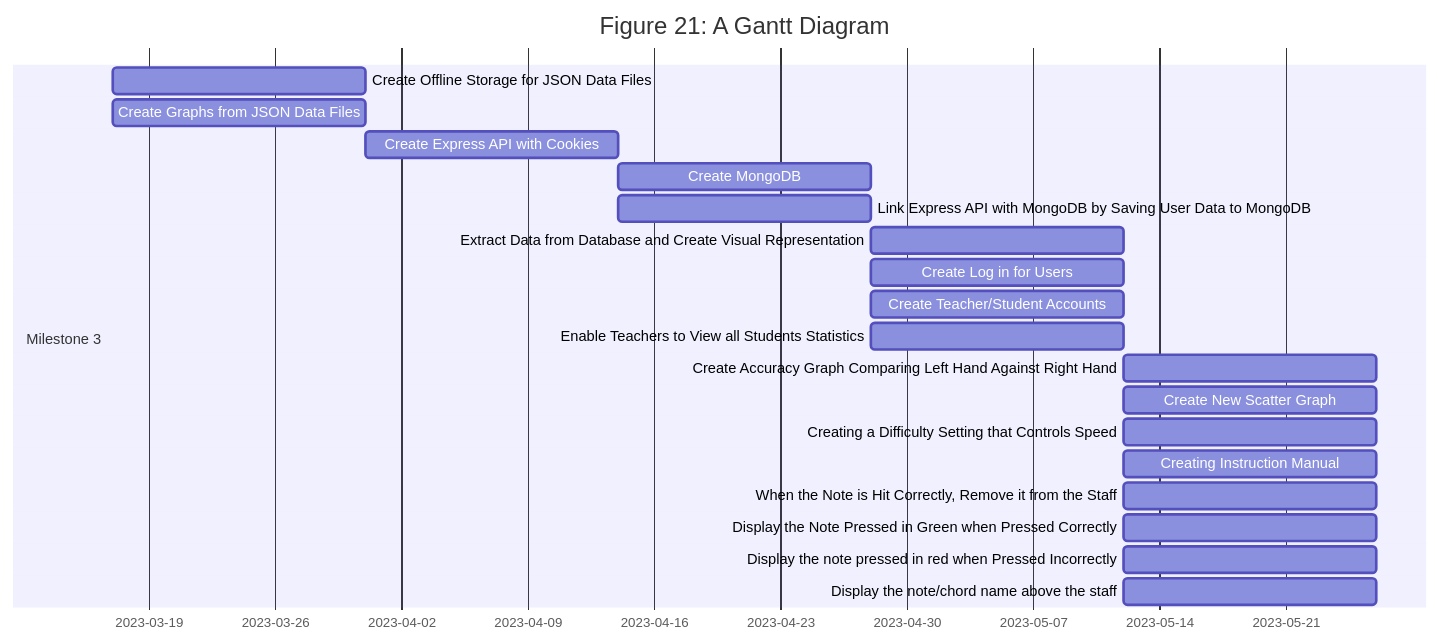
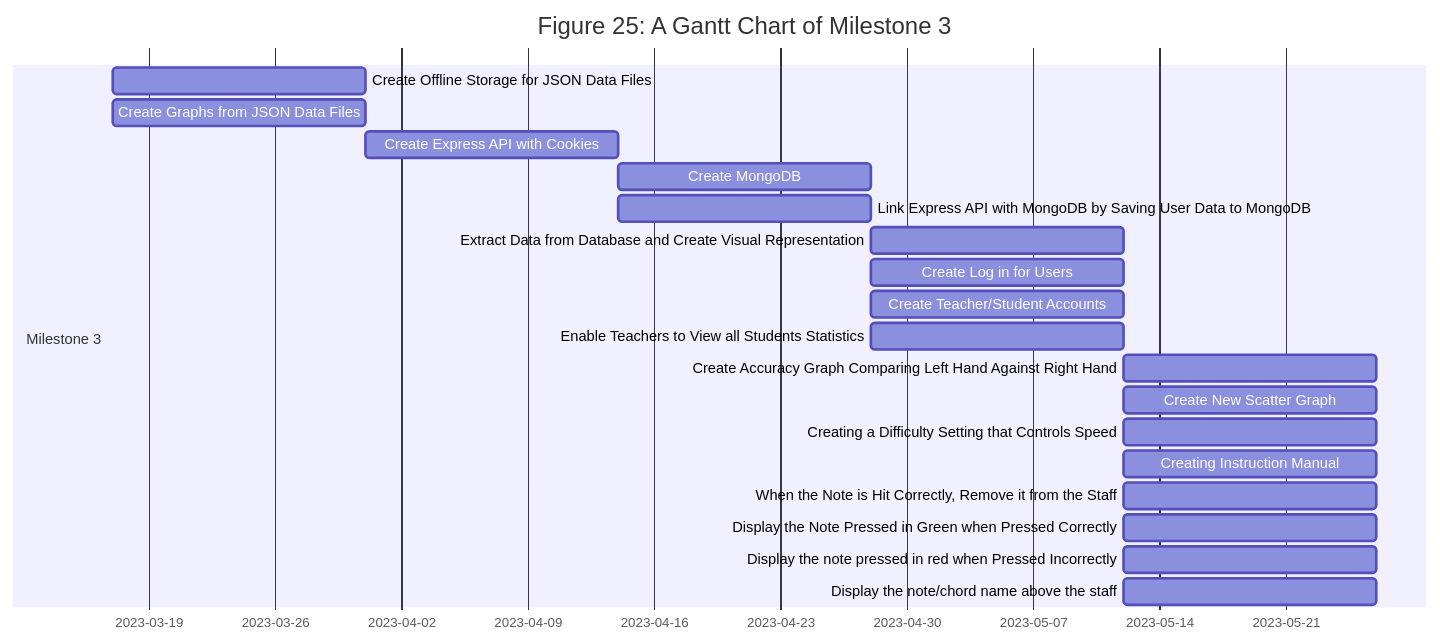
One commit to KieranBest/Final-Year-Project changed the third of 3 diagrams in Documentation.md. Above: the diagram before and after it, drawn with Mermaid. The commit also changed other lines of this file and 9 other files, not shown here.

````diff
--- a/Documentation.md
+++ b/Documentation.md
@@ -1104,24 +1191,24 @@
 ```mermaid
 gantt
-    title Figure 21: A Gantt Diagram
+    title Figure 25: A Gantt Chart of Milestone 3
     dateFormat  YYYY-MM-DD
 
     section Milestone 3
     Create Offline Storage for JSON Data Files                    :a12, 2023-03-17, 14d
     Create Graphs from JSON Data Files                            :a12, 2023-03-17, 14d
     Create Express API with Cookies                               :a13, after a12, 14d
     Create MongoDB                                                :a14, after a13, 14d
     Link Express API with MongoDB by Saving User Data to MongoDB  :a14, after a13, 14d
     Extract Data from Database and Create Visual Representation   :a15, after a14, 14d
     Create Log in for Users                                       :a15, after a14, 14d
     Create Teacher/Student Accounts                               :a15, after a14, 14d
     Enable Teachers to View all Students Statistics               :a15, after a14, 14d
     Create Accuracy Graph Comparing Left Hand Against Right Hand  :a16, after a15, 14d
     Create New Scatter Graph                                      :a16, after a15, 14d
     Creating a Difficulty Setting that Controls Speed             :a16, after a15, 14d
     Creating Instruction Manual                                   :a16, after a15, 14d
     When the Note is Hit Correctly, Remove it from the Staff      :a16, after a15, 14d
     Display the Note Pressed in Green when Pressed Correctly      :a16, after a15, 14d
     Display the note pressed in red when Pressed Incorrectly      :a16, after a15, 14d
     Display the note/chord name above the staff                   :a16, after a15, 14d
 ```
````
